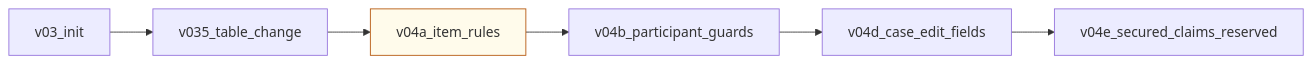
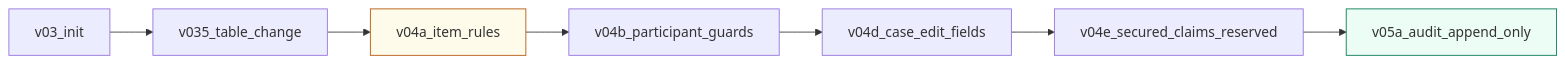
One commit to mobrick-zeng/DataExchange changed the second of 5 diagrams in docs/architecture/系統技術架構圖.md. Above: the diagram before and after it, drawn with Mermaid. The commit also changed other lines of this file and 4 other files, not shown here.

````diff
--- a/docs/architecture/系統技術架構圖.md
+++ b/docs/architecture/系統技術架構圖.md
@@ -63,5 +63,6 @@
 ```mermaid
 flowchart LR
-    M1["v03_init"] --> M2["v035_table_change"] --> M3["v04a_item_rules"] --> M4["v04b_participant_guards"] --> M5["v04d_case_edit_fields"] --> M6["v04e_secured_claims_reserved"]
+    M1["v03_init"] --> M2["v035_table_change"] --> M3["v04a_item_rules"] --> M4["v04b_participant_guards"] --> M5["v04d_case_edit_fields"] --> M6["v04e_secured_claims_reserved"] --> M7["v05a_audit_append_only"]
     style M3 fill:#fffbeb,stroke:#b45309
+    style M7 fill:#ecfdf5,stroke:#047857
 ```
````
